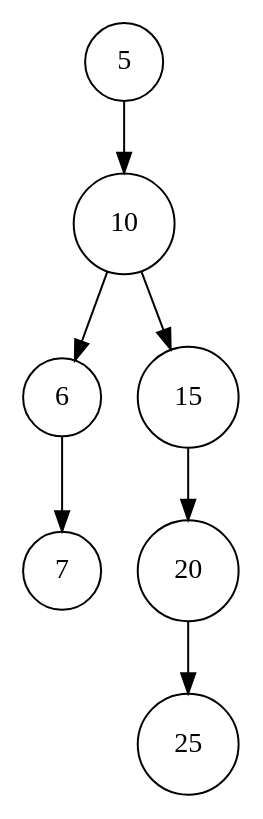
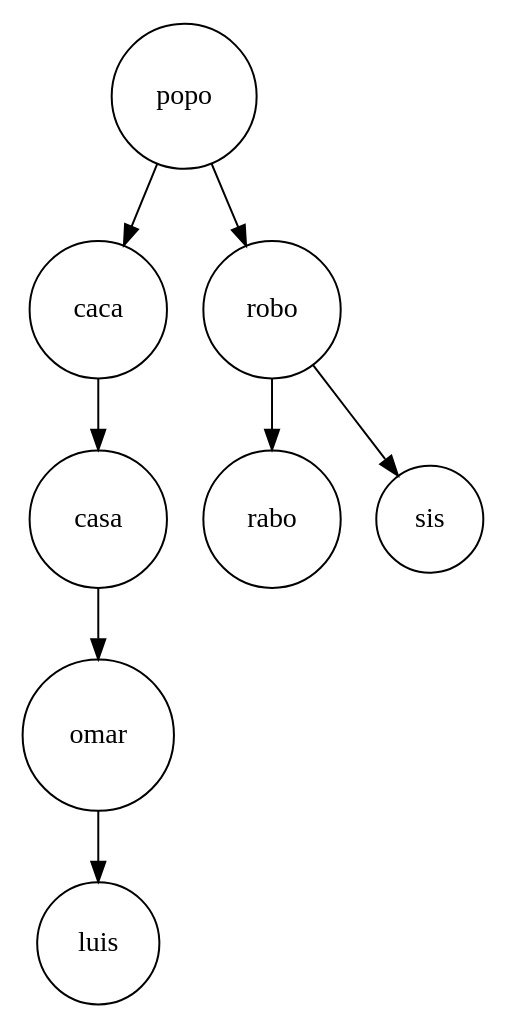
One commit to OmarLetona14/NoPainNoGain changed the diagram in ArbolABB.dot. Above: the diagram before and after it, drawn with Graphviz. The commit also changed 12 other files, not shown here.

```diff
--- a/ArbolABB.dot
+++ b/ArbolABB.dot
@@ -1,24 +1,27 @@
 digraph ArbolABB { 
 node[shape=circle]
-nodo5 [ label = " 5"];
-nodo10 [ label = " 10"];
-nodo6 [ label = " 6"];
-nodo7 [ label = " 7"];
-nodo15 [ label = " 15"];
-nodo20 [ label = " 20"];
-nodo25 [ label = " 25"];
-nodo5 [ label = " 5"];
-nodo10 [ label = " 10"];
-nodo6 [ label = " 6"];
-nodo7 [ label = " 7"];
-nodo15 [ label = " 15"];
-nodo20 [ label = " 20"];
-nodo25 [ label = " 25"];
-nodo5: c1->nodo10;
-nodo10: c0->nodo6;
-nodo10: c1->nodo15;
-nodo6: c1->nodo7;
-nodo15: c1->nodo20;
-nodo20: c1->nodo25;
+nodo2054804325 [ label = " popo"];
+nodo1437558669 [ label = " caca"];
+nodo2061934431 [ label = " casa"];
+nodo1173890897 [ label = " omar"];
+nodo1907238512 [ label = " luis"];
+nodo1595126983 [ label = " robo"];
+nodo297911325 [ label = " rabo"];
+nodo352828379 [ label = " sis"];
+nodo2054804325 [ label = " popo"];
+nodo1437558669 [ label = " caca"];
+nodo2061934431 [ label = " casa"];
+nodo1173890897 [ label = " omar"];
+nodo1907238512 [ label = " luis"];
+nodo1595126983 [ label = " robo"];
+nodo297911325 [ label = " rabo"];
+nodo352828379 [ label = " sis"];
+nodo2054804325: c0->nodo1437558669;
+nodo2054804325: c1->nodo1595126983;
+nodo1437558669: c1->nodo2061934431;
+nodo2061934431: c1->nodo1173890897;
+nodo1173890897: c0->nodo1907238512;
+nodo1595126983: c0->nodo297911325;
+nodo1595126983: c1->nodo352828379;
 
 }
```
